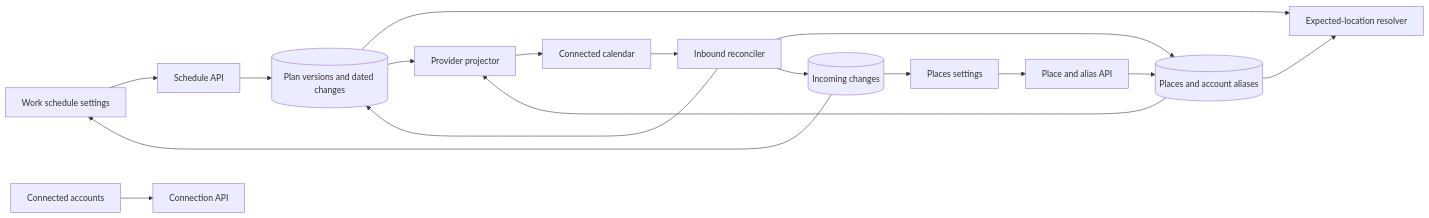
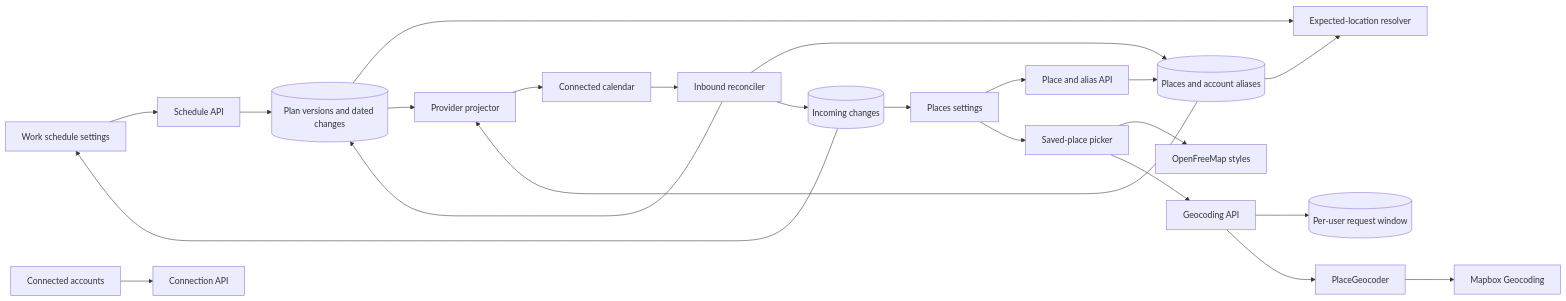
One commit to TheHypertextStudio/athena-web changed the diagram in docs/core/work-schedule.mmd. Above: the diagram before and after it, drawn with Mermaid. The commit also changed 55 other files, not shown here.

First line of the commit message:
feat(work-location): Add a working saved-place picker

```diff
--- a/docs/core/work-schedule.mmd
+++ b/docs/core/work-schedule.mmd
@@ -1,17 +1,23 @@
 flowchart LR
   WorkSchedule[Work schedule settings] --> ScheduleAPI[Schedule API]
   Places[Places settings] --> PlaceAPI[Place and alias API]
+  Places --> PlacePicker[Saved-place picker]
+  PlacePicker --> OpenFreeMap[OpenFreeMap styles]
+  PlacePicker --> GeocodingAPI[Geocoding API]
+  GeocodingAPI --> RateStore[(Per-user request window)]
+  GeocodingAPI --> Geocoder[PlaceGeocoder]
+  Geocoder --> Mapbox[Mapbox Geocoding]
   Accounts[Connected accounts] --> ConnectionAPI[Connection API]
   ScheduleAPI --> ScheduleStore[(Plan versions and dated changes)]
   PlaceAPI --> PlaceStore[(Places and account aliases)]
   ScheduleStore --> Resolver[Expected-location resolver]
   PlaceStore --> Resolver
   ScheduleStore --> Projector[Provider projector]
   PlaceStore --> Projector
   Projector --> Provider[Connected calendar]
   Provider --> Reconciler[Inbound reconciler]
   Reconciler --> ScheduleStore
   Reconciler --> PlaceStore
   Reconciler --> ChangeStore[(Incoming changes)]
   ChangeStore --> WorkSchedule
   ChangeStore --> Places
```
